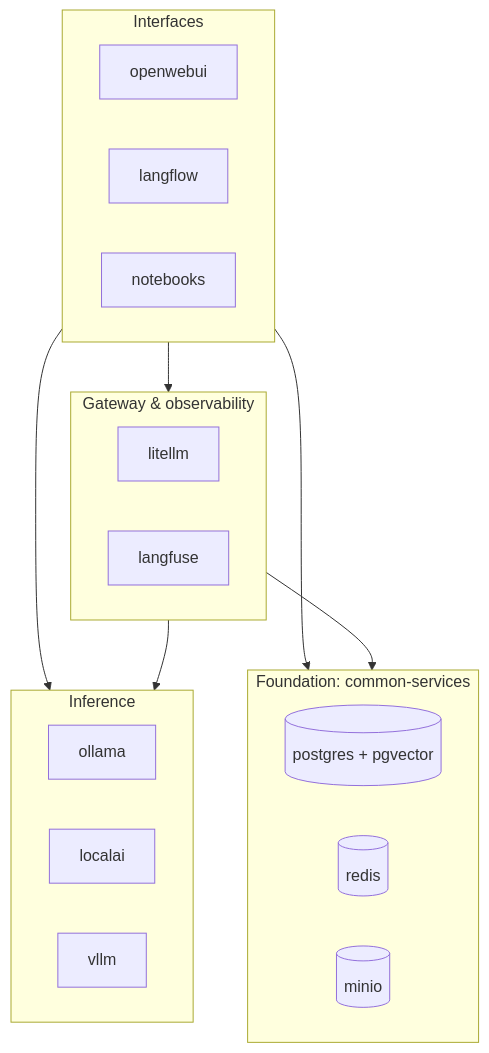
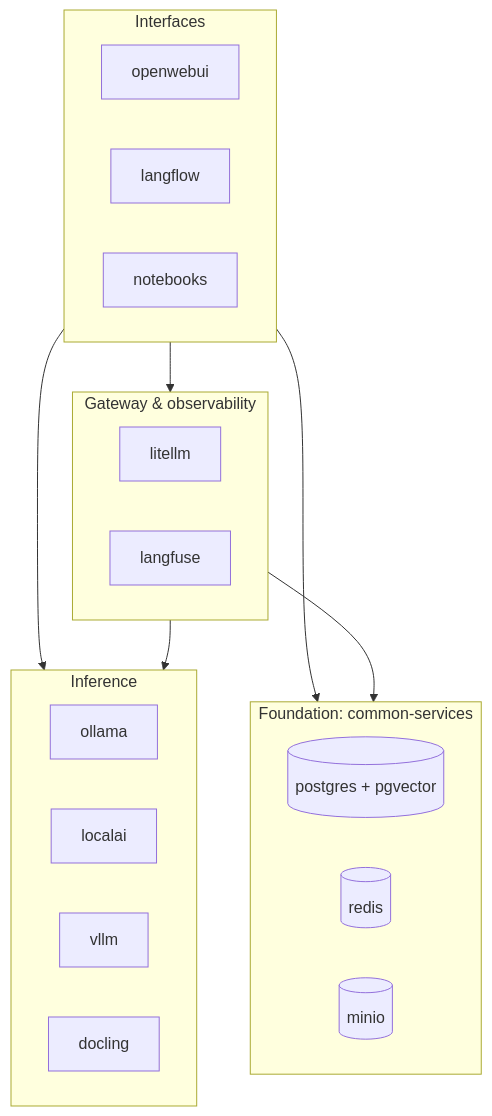
The first of 2 diagrams in docs/ARCHITECTURE.md (arthurTemporim/llm-lab), drawn with Mermaid before and after one commit. The commit also changed other lines of this file and 8 other files, not shown here.

````diff
--- a/docs/ARCHITECTURE.md
+++ b/docs/ARCHITECTURE.md
@@ -9,27 +9,28 @@
 ```mermaid
 flowchart TB
     subgraph L4["Interfaces"]
         owui["openwebui"]
         lflow["langflow"]
         jup["notebooks"]
     end
     subgraph L3["Gateway & observability"]
         llm["litellm"]
         lf["langfuse"]
     end
     subgraph L2["Inference"]
         oll["ollama"]
         lai["localai"]
         vl["vllm"]
+        dl["docling"]
     end
     subgraph L1["Foundation: common-services"]
         pg[("postgres + pgvector")]
         rd[("redis")]
         mn[("minio")]
     end
     L4 --> L3
     L4 --> L2
     L3 --> L2
     L4 --> L1
     L3 --> L1
 ```
````
